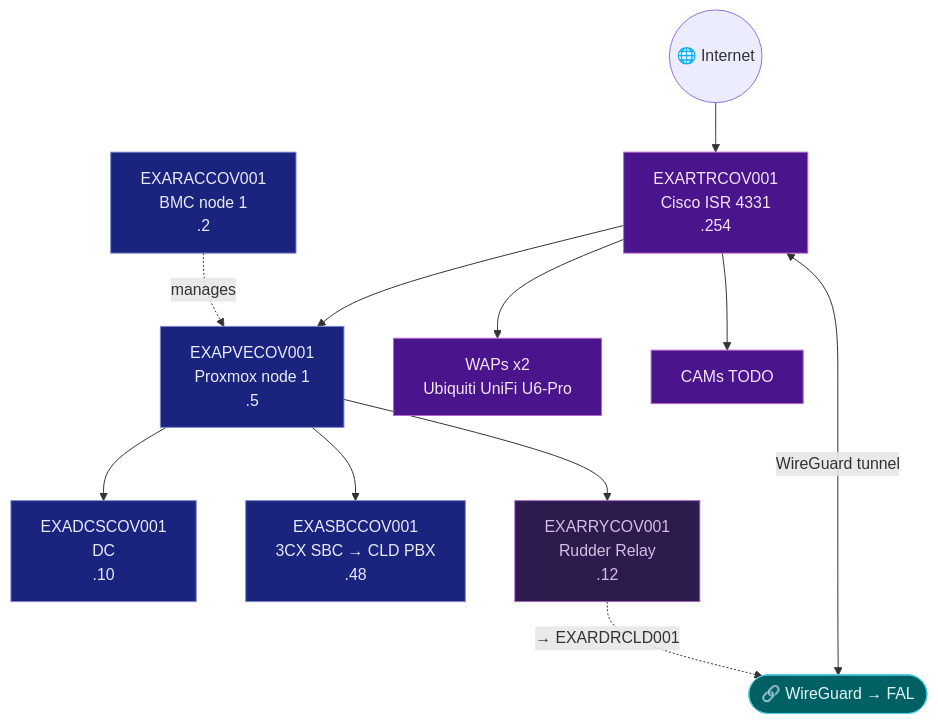
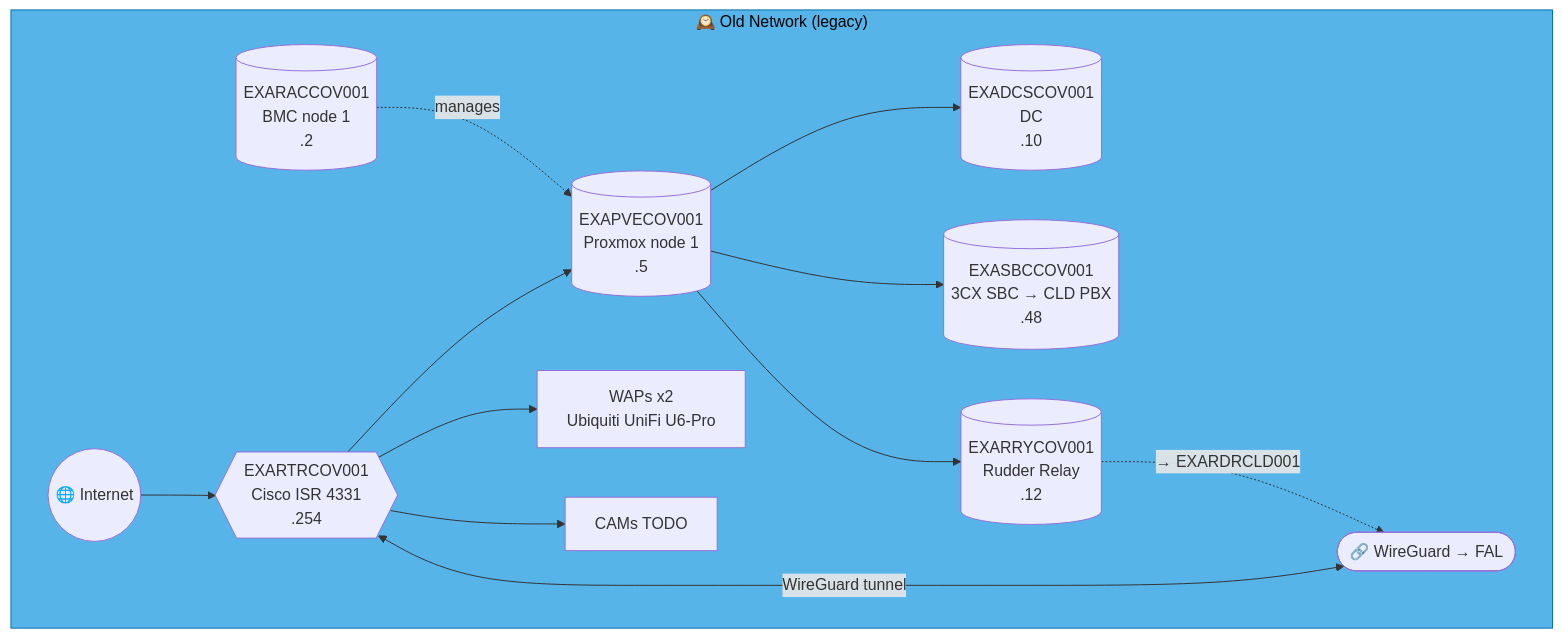
One commit to knightmare2600/example_music_infra changed diagram 17 of 47 in docs/network-diagram.md. Above: the diagram before and after it, drawn with Mermaid. The commit also changed other lines of this file and 2 other files, not shown here.

````diff
--- a/docs/network-diagram.md
+++ b/docs/network-diagram.md
@@ -889,31 +824,24 @@
 ```mermaid
 graph TD
-    INET(("🌐 Internet"))
-    RTR["EXARTRCOV001<br/>Cisco ISR 4331<br/>.254"]
-    RAC["EXARACCOV001<br/>BMC node 1<br/>.2"]
-    PVE["EXAPVECOV001<br/>Proxmox node 1<br/>.5"]
-    DC["EXADCSCOV001<br/>DC<br/>.10"]
-    SBC["EXASBCCOV001<br/>3CX SBC → CLD PBX<br/>.48"]
-    RRY["EXARRYCOV001<br/>Rudder Relay<br/>.12"]
-    WAP["WAPs x2<br/>Ubiquiti UniFi U6-Pro"]
-    CAM["CAMs TODO"]
-    VPN(["🔗 WireGuard → FAL"])
+    subgraph OLD_COV ["🕰️ Old Network (legacy)"]
+      INET(("🌐 Internet"))
+      RTR{{"EXARTRCOV001<br/>Cisco ISR 4331<br/>.254"}}
+      RAC[("EXARACCOV001<br/>BMC node 1<br/>.2")]
+      PVE[("EXAPVECOV001<br/>Proxmox node 1<br/>.5")]
+      DC[("EXADCSCOV001<br/>DC<br/>.10")]
+      SBC[("EXASBCCOV001<br/>3CX SBC → CLD PBX<br/>.48")]
+      RRY[("EXARRYCOV001<br/>Rudder Relay<br/>.12")]
+      WAP["WAPs x2<br/>Ubiquiti UniFi U6-Pro"]
+      CAM["CAMs TODO"]
+      VPN(["🔗 WireGuard → FAL"])
 
-    INET --> RTR --> PVE --> DC & SBC
-    RAC -.->|"manages"| PVE
-    RTR --> WAP & CAM
-    RTR <-->|"WireGuard tunnel"| VPN
+      INET --> RTR --> PVE --> DC & SBC
+      RAC -.->|"manages"| PVE
+      RTR --> WAP & CAM
+      RTR <-->|"WireGuard tunnel"| VPN
 
-    PVE --> RRY
-    RRY -. "→ EXARDRCLD001" .-> VPN
-    classDef net fill:#4a148c,stroke:#ba68c8,color:#f3e5f5
-    classDef srv fill:#1a237e,stroke:#7986cb,color:#e8eaf6
-    classDef ep fill:#4a148c,stroke:#ba68c8,color:#f3e5f5
-    classDef vpn fill:#006064,stroke:#4dd0e1,color:#e0f7fa
-    classDef rudder fill:#2d1b4e,stroke:#a569bd,color:#d7bde2
-    class RTR net
-    class PVE,DC,SBC,RAC srv
-    class RRY rudder
-    class WAP,CAM ep
-    class VPN vpn
+      PVE --> RRY
+      RRY -. "→ EXARDRCLD001" .-> VPN
+    end
+    style OLD_COV fill:#56B4E9,stroke:#0072B2,color:#000000
 ```
````
